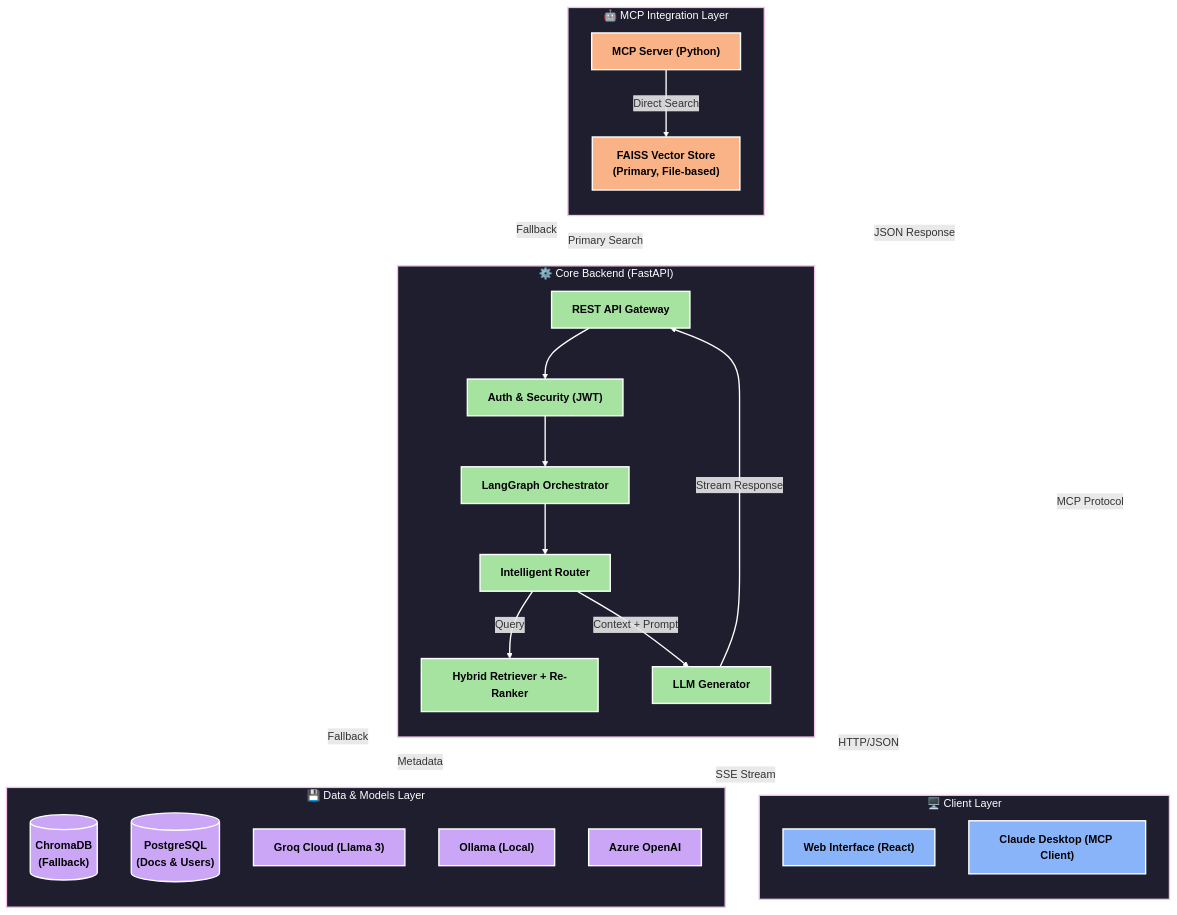
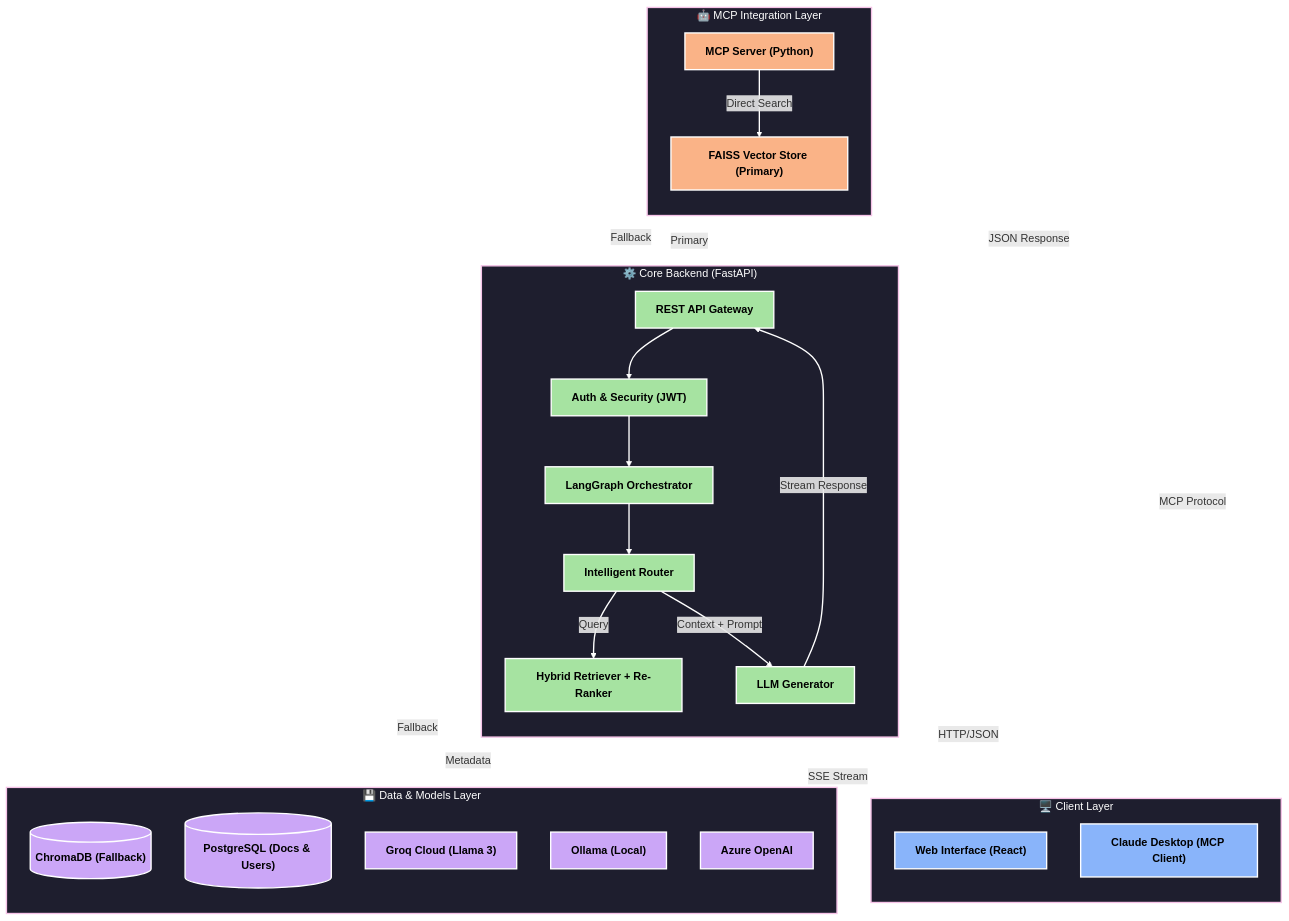
The diagram in README.md (chandankumr/universal-langgraph), drawn with Mermaid before and after one commit. The commit also changed other lines of this file, not shown here.

First line of the commit message:
docs: final README overhaul with MCP, architecture diagram & detailed features

````diff
--- a/README.md
+++ b/README.md
@@ -120,73 +113,71 @@
 ```mermaid
 flowchart TD
     subgraph ClientLayer ["🖥️ Client Layer"]
         direction TB
         WebUI["Web Interface (React)"]
         Claude["Claude Desktop (MCP Client)"]
     end
 
     subgraph Backend ["⚙️ Core Backend (FastAPI)"]
         direction TB
         API["REST API Gateway"]
         Auth["Auth & Security (JWT)"]
         Graph["LangGraph Orchestrator"]
         Router["Intelligent Router"]
         Retriever["Hybrid Retriever + Re-Ranker"]
         Generator["LLM Generator"]
     end
 
     subgraph DataLayer ["💾 Data & Models Layer"]
         direction TB
-        Chroma[("ChromaDB<br/>(Fallback)")]
-        Postgres[("PostgreSQL<br/>(Docs & Users)")]
+        Chroma[("ChromaDB (Fallback)")]
+        Postgres[("PostgreSQL (Docs & Users)")]
         Groq["Groq Cloud (Llama 3)"]
         Ollama["Ollama (Local)"]
         Azure["Azure OpenAI"]
     end
 
     subgraph MCPLayer ["🤖 MCP Integration Layer"]
         direction TB
         MCPServer["MCP Server (Python)"]
-        FAISS["FAISS Vector Store<br/>(Primary, File-based)"]
+        FAISS["FAISS Vector Store (Primary)"]
     end
 
-    %% Flows
     WebUI -->|HTTP/JSON| API
     Claude -->|MCP Protocol| MCPServer
     
     API --> Auth
     Auth --> Graph
     Graph --> Router
     
     Router -->|Query| Retriever
-    Retriever -->|Primary Search | FAISS
+    Retriever -->|Primary| FAISS
     Retriever -->|Fallback| Chroma
     Retriever -.->|Metadata| Postgres
     
     Router -->|Context + Prompt| Generator
     Generator --> Groq
     Generator --> Ollama
     Generator --> Azure
     
     Generator -->|Stream Response| API
     API -->|SSE Stream| WebUI
     
     MCPServer -->|Direct Search| FAISS
     MCPServer -.->|Fallback| API
     Generator -->|JSON Response| MCPServer
 
-    %% Styling for High Contrast (Dark Theme)
     classDef darkBg fill:#1e1e2e,stroke:#f5c2e7,stroke-width:2px,color:#ffffff;
     classDef client fill:#89b4fa,stroke:#ffffff,stroke-width:2px,color:#000000,font-weight:bold;
     classDef mcp fill:#fab387,stroke:#ffffff,stroke-width:2px,color:#000000,font-weight:bold;
     classDef backend fill:#a6e3a1,stroke:#ffffff,stroke-width:2px,color:#000000,font-weight:bold;
     classDef data fill:#cba6f7,stroke:#ffffff,stroke-width:2px,color:#000000,font-weight:bold;
 
     class ClientLayer,Backend,DataLayer,MCPLayer darkBg;
     class WebUI,Claude client;
     class MCPServer,FAISS mcp;
     class API,Auth,Graph,Router,Retriever,Generator backend;
     class Chroma,Postgres,Groq,Ollama,Azure data;
     
     linkStyle default stroke:#ffffff,stroke-width:2px;
 ```
````
